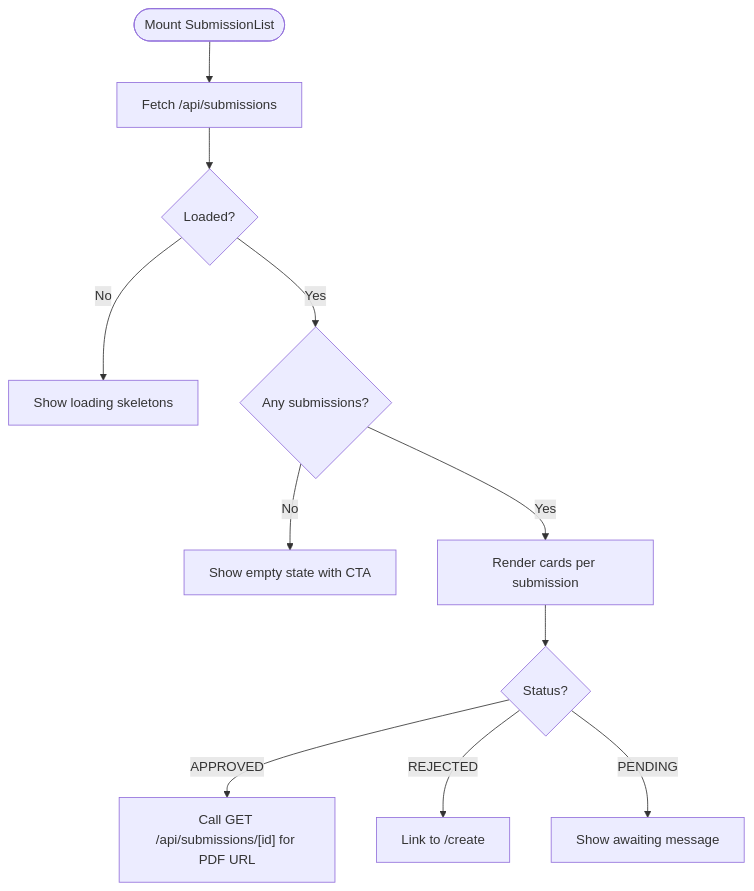
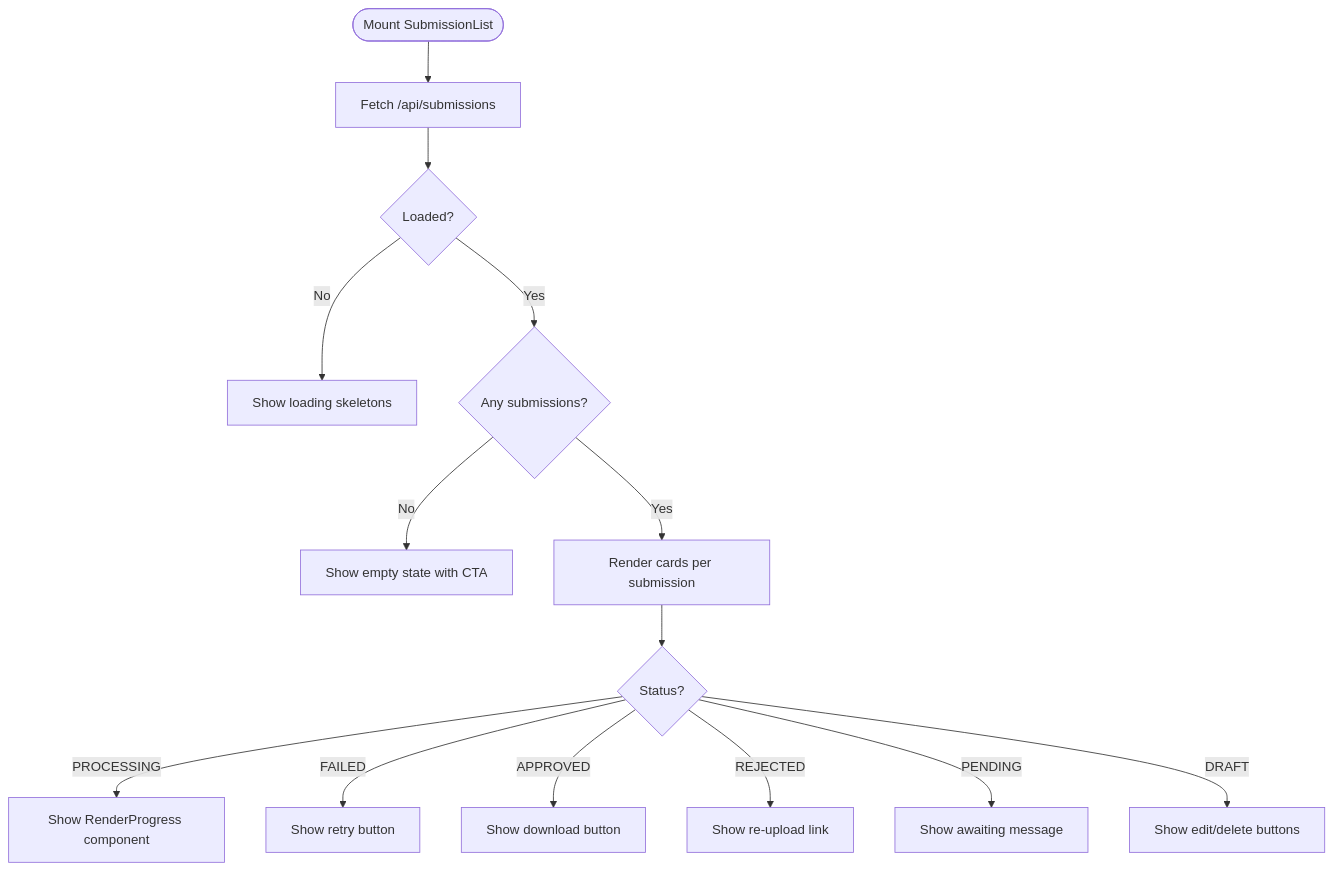
Before and after one commit to Crowdspender/titchybooks-app: the third of 6 diagrams in .qoder/repowiki/en/content/User Dashboard/Submission Tracking and Management.md, drawn with Mermaid. The commit also changed other lines of this file and 23 other files, not shown here.

````diff
--- a/.qoder/repowiki/en/content/User Dashboard/Submission Tracking and Management.md
+++ b/.qoder/repowiki/en/content/User Dashboard/Submission Tracking and Management.md
@@ -170,13 +180,16 @@
 ```mermaid
 flowchart TD
 Start(["Mount SubmissionList"]) --> Fetch["Fetch /api/submissions"]
 Fetch --> Loaded{"Loaded?"}
 Loaded --> |No| ShowSkeletons["Show loading skeletons"]
 Loaded --> |Yes| Empty{"Any submissions?"}
 Empty --> |No| EmptyState["Show empty state with CTA"]
 Empty --> |Yes| RenderCards["Render cards per submission"]
-RenderCards --> Actions{"Status?"}
-Actions --> |APPROVED| Download["Call GET /api/submissions/[id] for PDF URL"]
-Actions --> |REJECTED| Reupload["Link to /create"]
-Actions --> |PENDING| Pending["Show awaiting message"]
+RenderCards --> CheckStatus{"Status?"}
+CheckStatus --> |PROCESSING| ShowProgress["Show RenderProgress component"]
+CheckStatus --> |FAILED| ShowRetry["Show retry button"]
+CheckStatus --> |APPROVED| ShowDownload["Show download button"]
+CheckStatus --> |REJECTED| ShowReupload["Show re-upload link"]
+CheckStatus --> |PENDING| ShowPending["Show awaiting message"]
+CheckStatus --> |DRAFT| ShowEdit["Show edit/delete buttons"]
 ```
````
